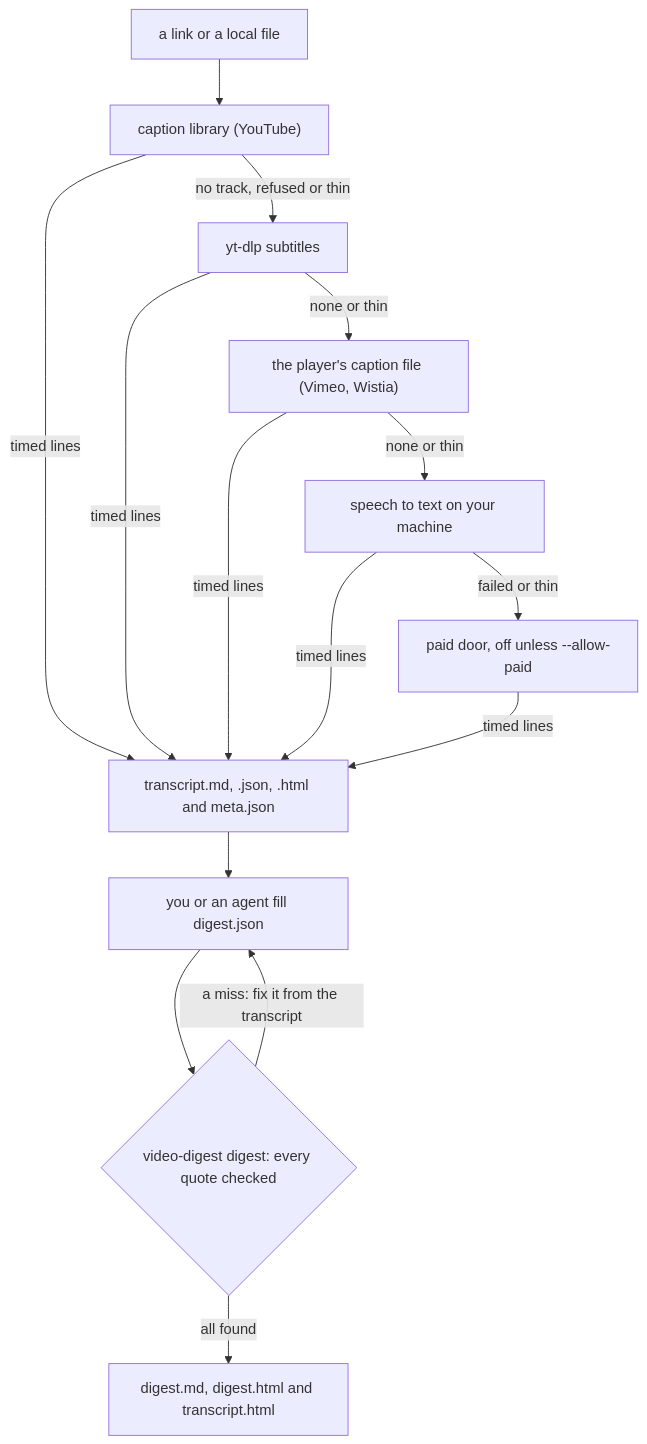
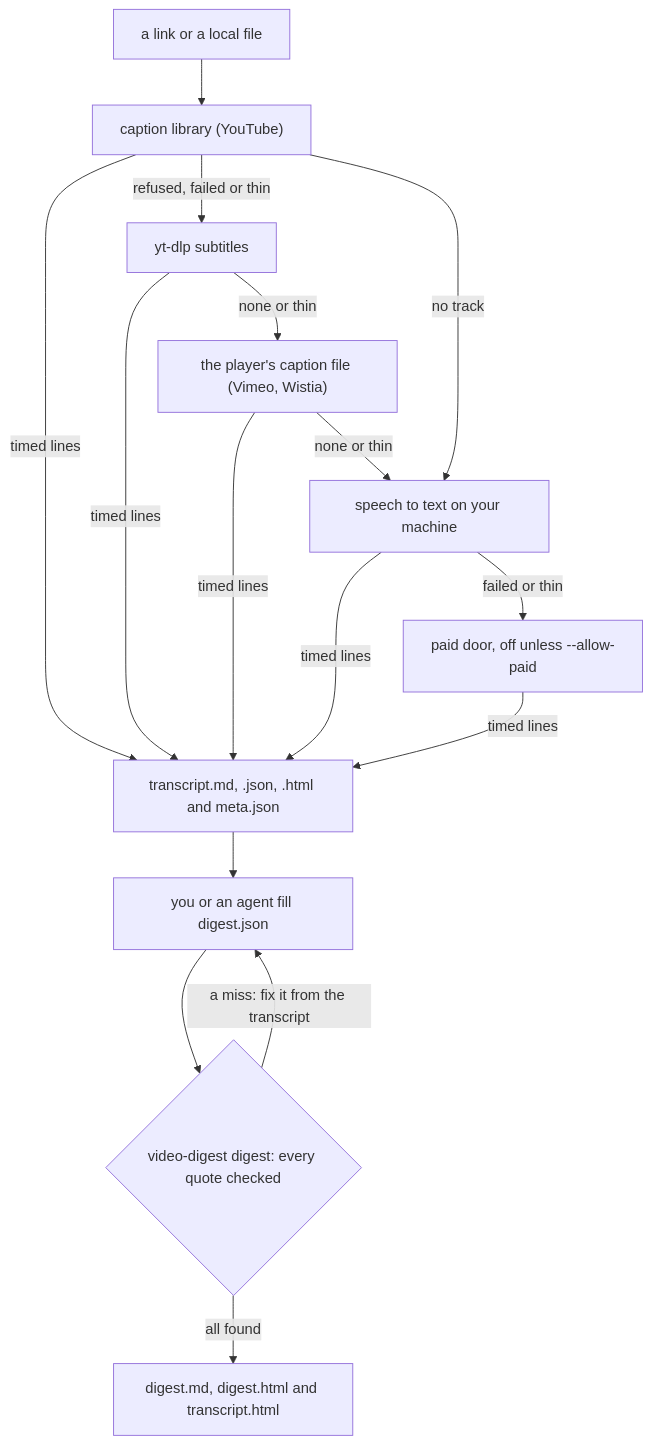
Before and after one commit to RobBrautigam/video-digest: the diagram in README.md, drawn with Mermaid. The commit also changed other lines of this file and 1 other file, not shown here.

````diff
--- a/README.md
+++ b/README.md
@@ -128,13 +128,14 @@
 ```mermaid
 flowchart TD
     S["a link or a local file"] --> Y["caption library (YouTube)"]
-    Y -->|"no track, refused or thin"| D["yt-dlp subtitles"]
+    Y -->|"refused, failed or thin"| D["yt-dlp subtitles"]
     D -->|"none or thin"| P["the player's caption file (Vimeo, Wistia)"]
     P -->|"none or thin"| W["speech to text on your machine"]
+    Y -->|"no track"| W
     W -->|"failed or thin"| X["paid door, off unless --allow-paid"]
     Y & D & P & W & X -->|"timed lines"| T["transcript.md, .json, .html and meta.json"]
     T --> G["you or an agent fill digest.json"]
     G --> C{"video-digest digest: every quote checked"}
     C -->|"a miss: fix it from the transcript"| G
     C -->|"all found"| H["digest.md, digest.html and transcript.html"]
 ```
````
